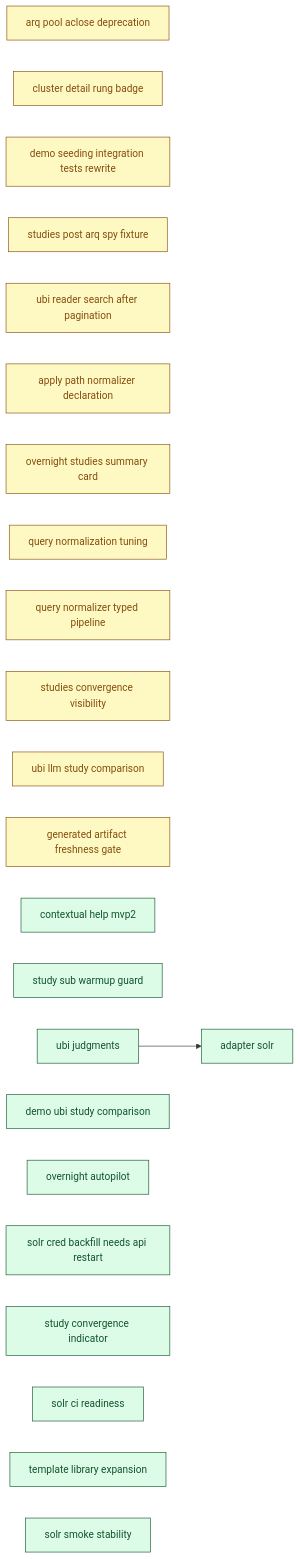
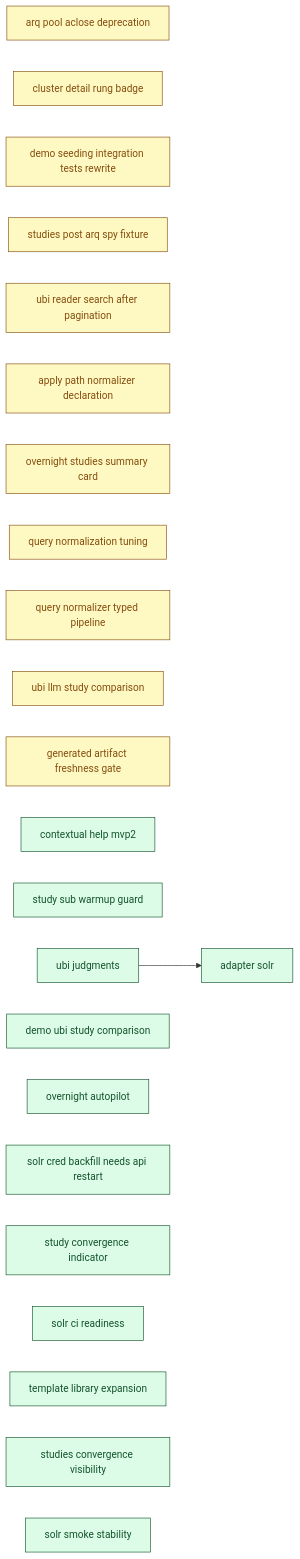
One commit to SoundMindsAI/relyloop changed the diagram in docs/00_overview/MVP2_DASHBOARD.md. Above: the diagram before and after it, drawn with Mermaid. The commit also changed other lines of this file and 10 other files, not shown here.

First line of the commit message:
docs: finalize feat_studies_convergence_visibility (Epic 1 #421 + Epic 2 #422 merged) (#423)

````diff
--- a/docs/00_overview/MVP2_DASHBOARD.md
+++ b/docs/00_overview/MVP2_DASHBOARD.md
@@ -108,55 +108,55 @@
 ```mermaid
 graph LR
   classDef done fill:#dcfce7,stroke:#14532d,color:#14532d;
   classDef implement fill:#ffedd5,stroke:#9a3412,color:#9a3412;
   classDef plan fill:#fef9c3,stroke:#854d0e,color:#854d0e;
   classDef spec fill:#dbeafe,stroke:#1e40af,color:#1e40af;
   classDef idea fill:#f1f5f9,stroke:#334155,color:#334155;
   chore_arq_pool_aclose_deprecation["arq pool aclose deprecation"]
   class chore_arq_pool_aclose_deprecation plan;
   chore_cluster_detail_rung_badge["cluster detail rung badge"]
   class chore_cluster_detail_rung_badge plan;
   chore_demo_seeding_integration_tests_rewrite["demo seeding integration tests rewrite"]
   class chore_demo_seeding_integration_tests_rewrite plan;
   chore_studies_post_arq_spy_fixture["studies post arq spy fixture"]
   class chore_studies_post_arq_spy_fixture plan;
   chore_ubi_reader_search_after_pagination["ubi reader search after pagination"]
   class chore_ubi_reader_search_after_pagination plan;
   feat_apply_path_normalizer_declaration["apply path normalizer declaration"]
   class feat_apply_path_normalizer_declaration plan;
   feat_overnight_studies_summary_card["overnight studies summary card"]
   class feat_overnight_studies_summary_card plan;
   feat_query_normalization_tuning["query normalization tuning"]
   class feat_query_normalization_tuning plan;
   feat_query_normalizer_typed_pipeline["query normalizer typed pipeline"]
   class feat_query_normalizer_typed_pipeline plan;
-  feat_studies_convergence_visibility["studies convergence visibility"]
-  class feat_studies_convergence_visibility plan;
   feat_ubi_llm_study_comparison["ubi llm study comparison"]
   class feat_ubi_llm_study_comparison plan;
   infra_generated_artifact_freshness_gate["generated artifact freshness gate"]
   class infra_generated_artifact_freshness_gate plan;
   feat_contextual_help_mvp2["contextual help mvp2"]
   class feat_contextual_help_mvp2 done;
   feat_study_sub_warmup_guard["study sub warmup guard"]
   class feat_study_sub_warmup_guard done;
   feat_ubi_judgments["ubi judgments"]
   class feat_ubi_judgments done;
   feat_demo_ubi_study_comparison["demo ubi study comparison"]
   class feat_demo_ubi_study_comparison done;
   feat_overnight_autopilot["overnight autopilot"]
   class feat_overnight_autopilot done;
   infra_adapter_solr["adapter solr"]
   class infra_adapter_solr done;
   chore_solr_cred_backfill_needs_api_restart["solr cred backfill needs api restart"]
   class chore_solr_cred_backfill_needs_api_restart done;
   feat_study_convergence_indicator["study convergence indicator"]
   class feat_study_convergence_indicator done;
   infra_solr_ci_readiness["solr ci readiness"]
   class infra_solr_ci_readiness done;
   chore_template_library_expansion["template library expansion"]
   class chore_template_library_expansion done;
+  feat_studies_convergence_visibility["studies convergence visibility"]
+  class feat_studies_convergence_visibility done;
   infra_solr_smoke_stability["solr smoke stability"]
   class infra_solr_smoke_stability done;
   feat_ubi_judgments --> infra_adapter_solr
 ```
````
